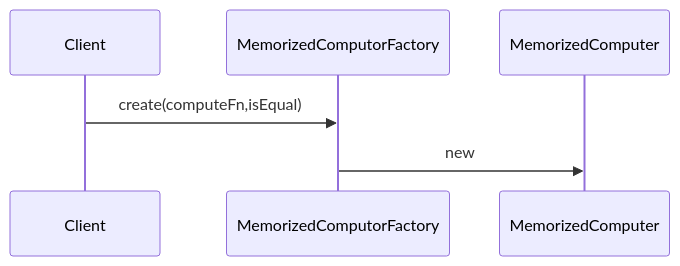
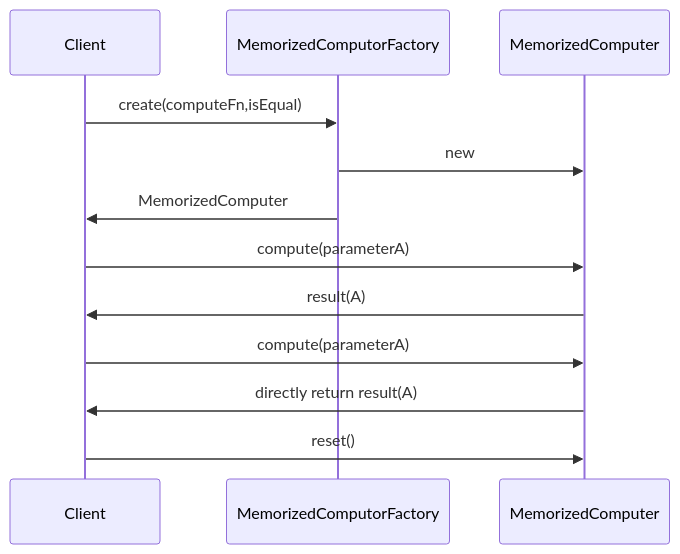
Before and after one commit to metasong/iam-data: the diagram in documents/MemorizedCompute Pattern_210.md, drawn with Mermaid.

````diff
--- a/documents/MemorizedCompute Pattern_210.md
+++ b/documents/MemorizedCompute Pattern_210.md
@@ -40,9 +40,14 @@
 ```mermaid
 sequenceDiagram
 	participant Client
     participant MemorizedComputorFactory
     Client->>MemorizedComputorFactory:create(computeFn,isEqual)
     MemorizedComputorFactory->>MemorizedComputer:new
-    
+    MemorizedComputorFactory->>Client:MemorizedComputer
+    Client->>MemorizedComputer:compute(parameterA)
+    MemorizedComputer->>Client:result(A)
+    Client->>MemorizedComputer:compute(parameterA)
+    MemorizedComputer->>Client:directly return result(A)
+    Client->>MemorizedComputer:reset()
     
 ```
````
